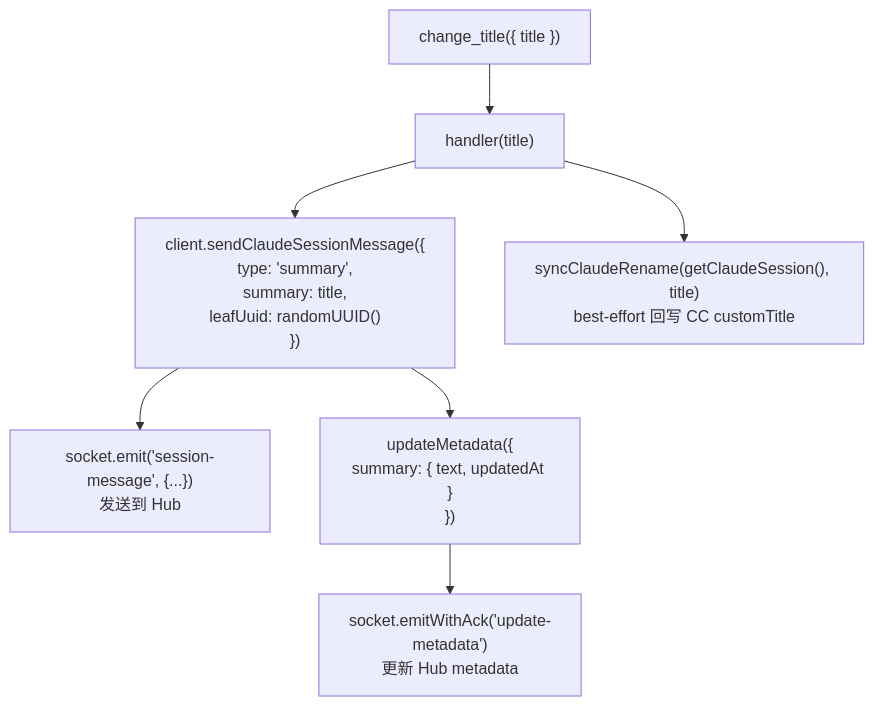
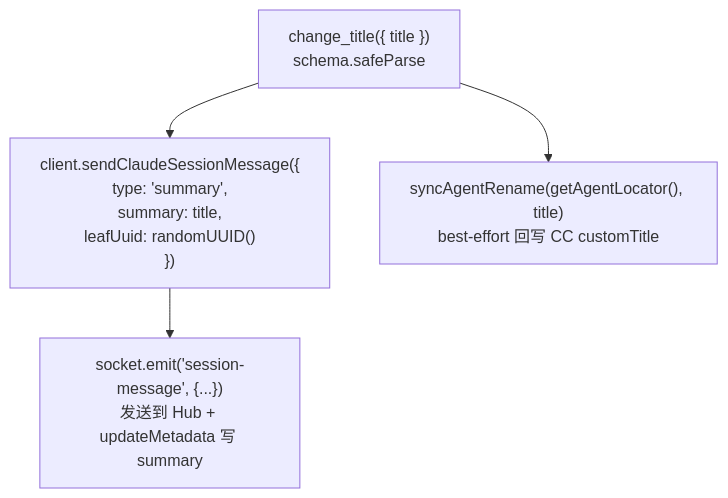
One commit to ModuBit/mobi changed the second of 3 diagrams in docs/architecture/cli/commands/mcp/README.md. Above: the diagram before and after it, drawn with Mermaid. The commit also changed other lines of this file and 4 other files, not shown here.

````diff
--- a/docs/architecture/cli/commands/mcp/README.md
+++ b/docs/architecture/cli/commands/mcp/README.md
@@ -73,9 +50,6 @@
 ```mermaid
 flowchart TB
-    Call["change_title({ title })"] --> Handler["handler(title)"]
-    Handler --> Send["client.sendClaudeSessionMessage({<br/>type: 'summary',<br/>summary: title,<br/>leafUuid: randomUUID()<br/>})"]
-    Send --> Emit["socket.emit('session-message', {...})<br/>发送到 Hub"]
-    Send --> Update["updateMetadata({<br/>summary: { text, updatedAt }<br/>})"]
-    Update --> MetaUpdate["socket.emitWithAck('update-metadata')<br/>更新 Hub metadata"]
-    Handler --> RenameCC["syncClaudeRename(getClaudeSession(), title)<br/>best-effort 回写 CC customTitle"]
+    Call["change_title({ title })<br/>schema.safeParse"] --> Send["client.sendClaudeSessionMessage({<br/>type: 'summary',<br/>summary: title,<br/>leafUuid: randomUUID()<br/>})"]
+    Send --> Emit["socket.emit('session-message', {...})<br/>发送到 Hub + updateMetadata 写 summary"]
+    Call --> RenameCC["syncAgentRename(getAgentLocator(), title)<br/>best-effort 回写 CC customTitle"]
 ```
````
